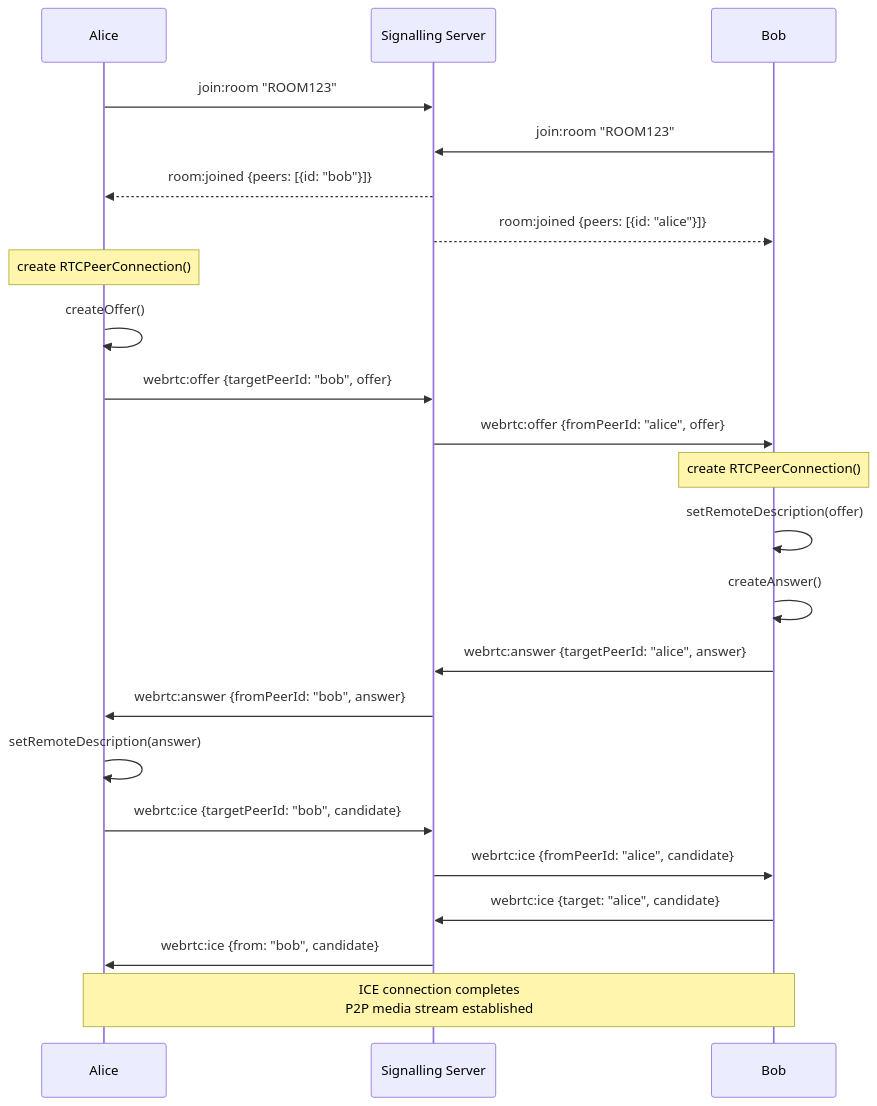
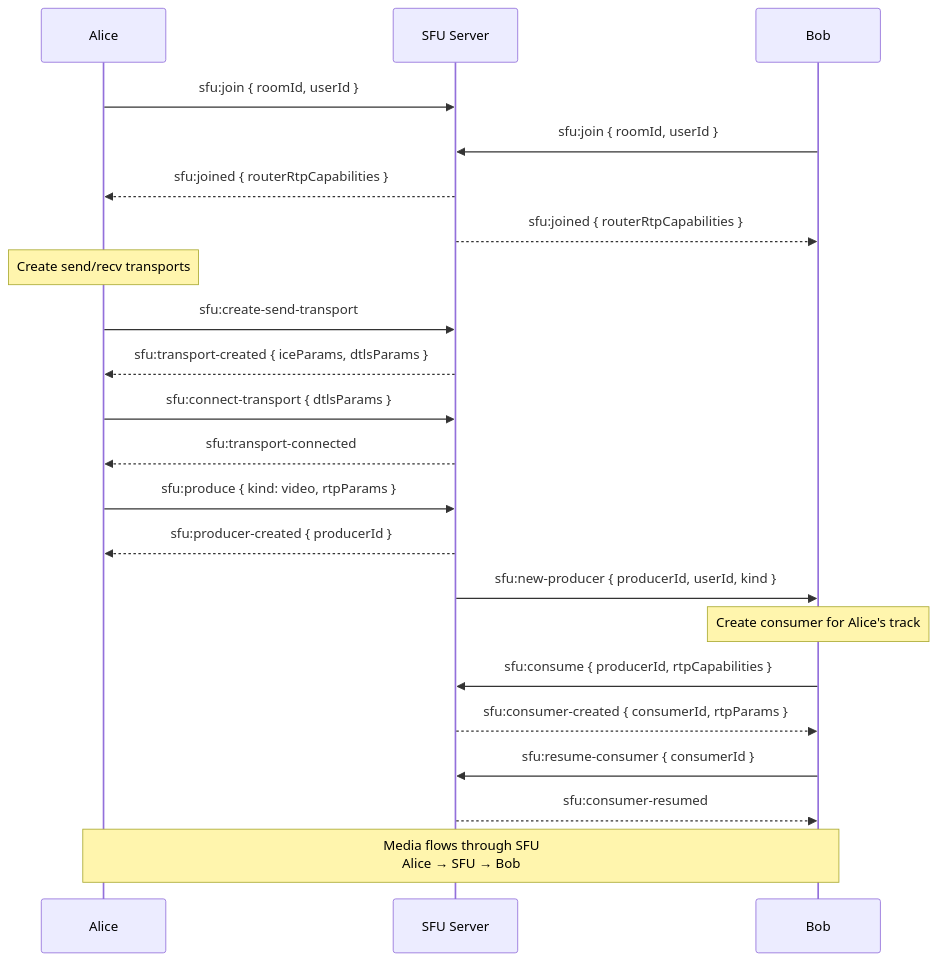
One commit to YuriFA/zvonOK changed the third of 4 diagrams in docs/SDD.md. Above: the diagram before and after it, drawn with Mermaid. The commit also changed other lines of this file and 18 other files, not shown here.

First line of the commit message:
docs: update SDD and task files for current architecture

````diff
--- a/docs/SDD.md
+++ b/docs/SDD.md
@@ -752,32 +725,29 @@
 ```mermaid
 sequenceDiagram
     participant A as Alice
-    participant S as Signalling Server
+    participant S as SFU Server
     participant B as Bob
 
-    A->>S: join:room "ROOM123"
-    B->>S: join:room "ROOM123"
-    S-->>A: room:joined {peers: [{id: "bob"}]}
-    S-->>B: room:joined {peers: [{id: "alice"}]}
+    A->>S: sfu:join { roomId, userId }
+    B->>S: sfu:join { roomId, userId }
+    S-->>A: sfu:joined { routerRtpCapabilities }
+    S-->>B: sfu:joined { routerRtpCapabilities }
 
-    Note over A: create RTCPeerConnection()
-    A->>A: createOffer()
-    A->>S: webrtc:offer {targetPeerId: "bob", offer}
+    Note over A: Create send/recv transports
+    A->>S: sfu:create-send-transport
+    S-->>A: sfu:transport-created { iceParams, dtlsParams }
+    A->>S: sfu:connect-transport { dtlsParams }
+    S-->>A: sfu:transport-connected
 
-    S->>B: webrtc:offer {fromPeerId: "alice", offer}
-    Note over B: create RTCPeerConnection()
-    B->>B: setRemoteDescription(offer)
-    B->>B: createAnswer()
-    B->>S: webrtc:answer {targetPeerId: "alice", answer}
+    A->>S: sfu:produce { kind: video, rtpParams }
+    S-->>A: sfu:producer-created { producerId }
+    S->>B: sfu:new-producer { producerId, userId, kind }
 
-    S->>A: webrtc:answer {fromPeerId: "bob", answer}
-    A->>A: setRemoteDescription(answer)
+    Note over B: Create consumer for Alice's track
+    B->>S: sfu:consume { producerId, rtpCapabilities }
+    S-->>B: sfu:consumer-created { consumerId, rtpParams }
+    B->>S: sfu:resume-consumer { consumerId }
+    S-->>B: sfu:consumer-resumed
 
-    A->>S: webrtc:ice {targetPeerId: "bob", candidate}
-    S->>B: webrtc:ice {fromPeerId: "alice", candidate}
-
-    B->>S: webrtc:ice {target: "alice", candidate}
-    S->>A: webrtc:ice {from: "bob", candidate}
-
-    Note over A,B: ICE connection completes<br/>P2P media stream established
+    Note over A,B: Media flows through SFU<br/>Alice → SFU → Bob
 ```
````
